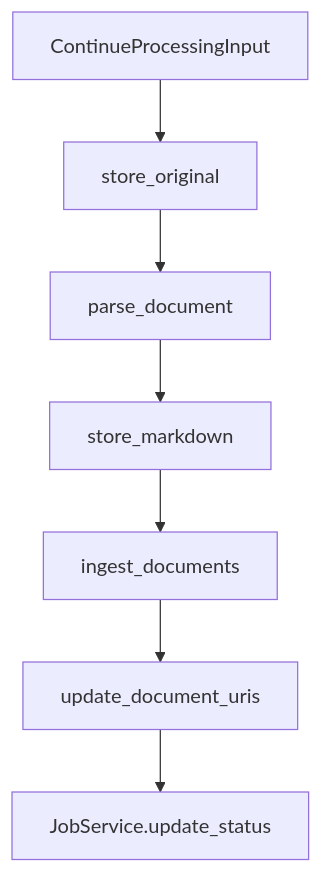
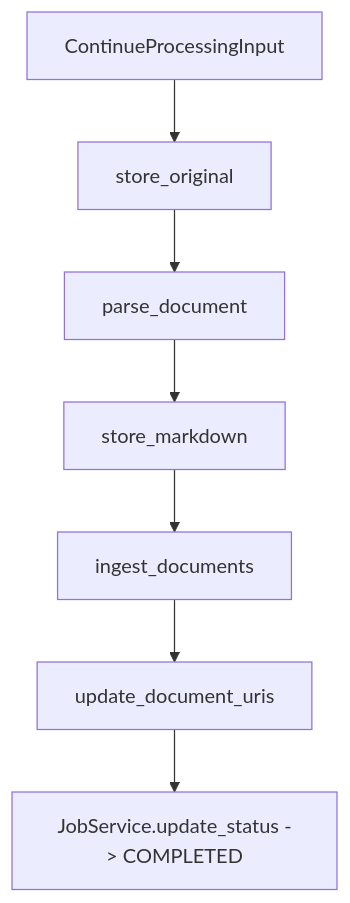
The second of 2 diagrams in docs/ingestion.md (thwolter/vectra), drawn with Mermaid before and after one commit. The commit also changed other lines of this file and 23 other files, not shown here.

Commit message:
Add architecture and operational documentation. Migrate `.idea` configs to external management.

````diff
--- a/docs/ingestion.md
+++ b/docs/ingestion.md
@@ -35,9 +39,9 @@
 ```mermaid
 flowchart TD
     A[ContinueProcessingInput] --> B[store_original]
     B --> C[parse_document]
     C --> D[store_markdown]
     D --> E[ingest_documents]
     E --> F[update_document_uris]
-    F --> G[JobService.update_status]
+    F --> G[JobService.update_status -> COMPLETED]
 ```
````
